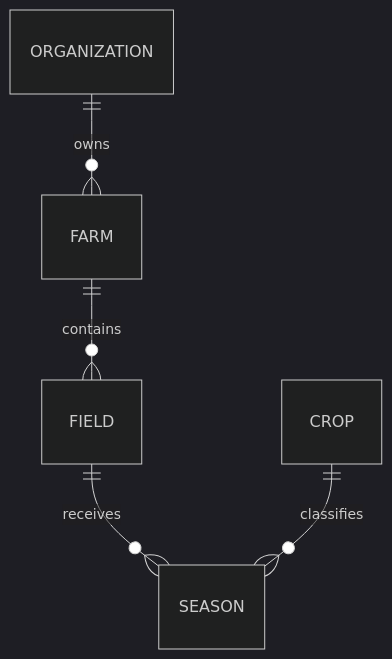
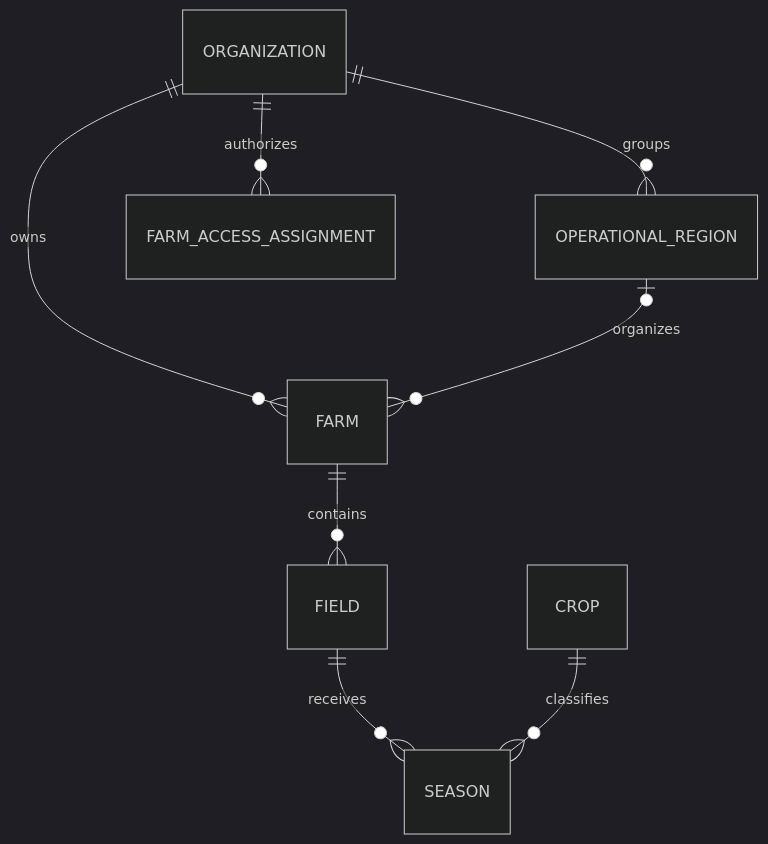
Before and after one commit to M4rc3low/AgroControl: the diagram in docs/DOMAIN.md, drawn with Mermaid (dark theme). The commit also changed other lines of this file and 50 other files, not shown here.

````diff
--- a/docs/DOMAIN.md
+++ b/docs/DOMAIN.md
@@ -27,7 +41,10 @@
 ```mermaid
 erDiagram
+    ORGANIZATION ||--o{ OPERATIONAL_REGION : groups
     ORGANIZATION ||--o{ FARM : owns
+    OPERATIONAL_REGION o|--o{ FARM : organizes
+    ORGANIZATION ||--o{ FARM_ACCESS_ASSIGNMENT : authorizes
     FARM ||--o{ FIELD : contains
     FIELD ||--o{ SEASON : receives
     CROP ||--o{ SEASON : classifies
 ```
````
